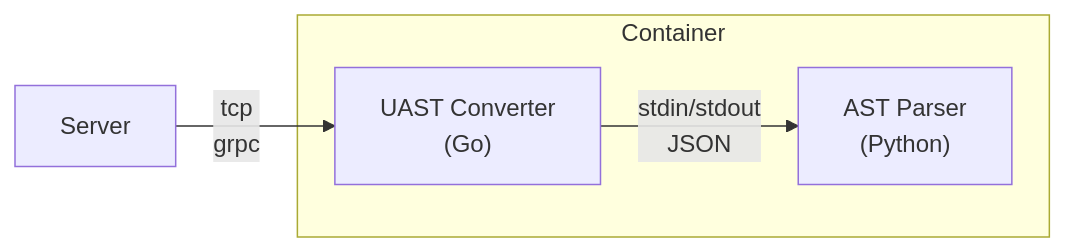
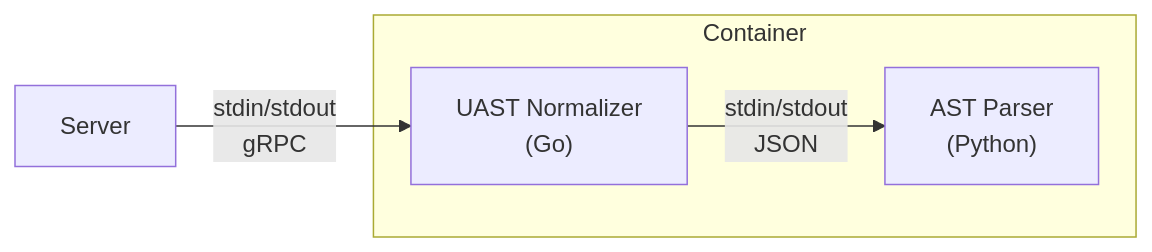
Before and after one commit to bblfsh/documentation: the second of 2 diagrams in architecture.md, drawn with Mermaid. The commit also changed other lines of this file and 5 other files, not shown here.

````diff
--- a/architecture.md
+++ b/architecture.md
@@ -38,7 +25,7 @@
 ```mermaid
 graph LR
-    Server-- tcp<br/>grpc -->UAST
+    Server-- stdin/stdout<br/>gRPC -->UAST
     subgraph Container
-        UAST["UAST Converter<br/>(Go)"]-- stdin/stdout<br/>JSON -->AST["AST Parser<br/>(Python)"]
+        UAST["UAST Normalizer<br/>(Go)"]-- stdin/stdout<br/>JSON -->AST["AST Parser<br/>(Python)"]
     end
 ```
````
